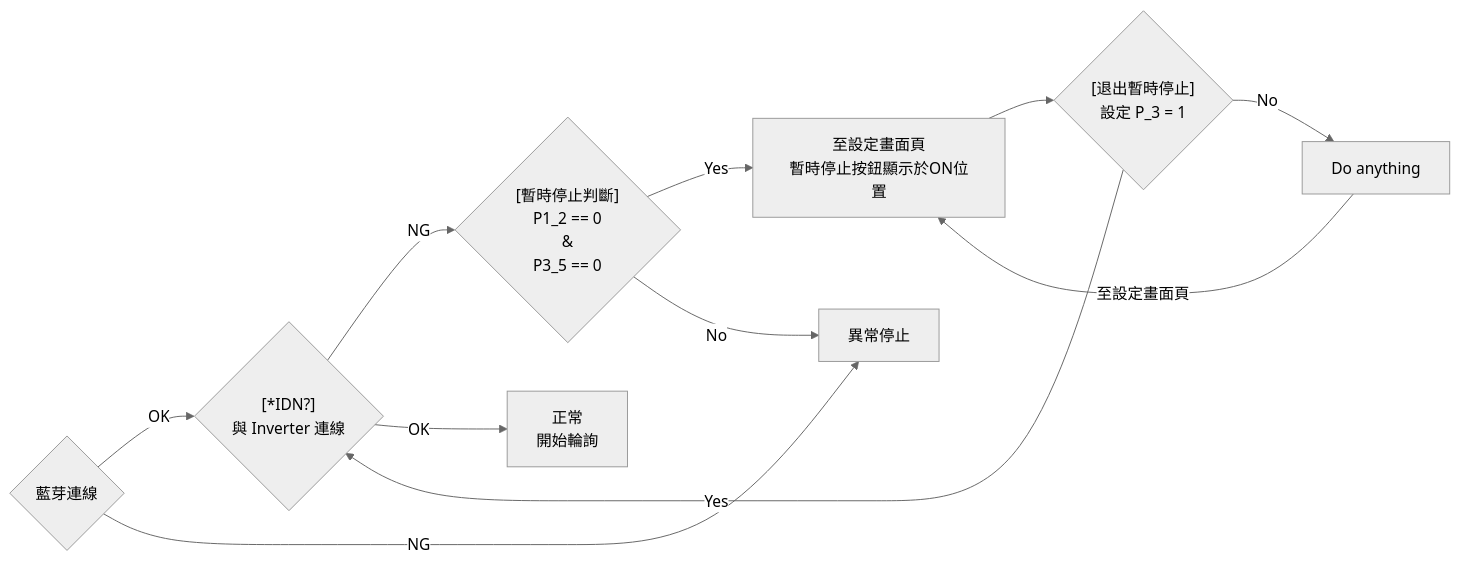
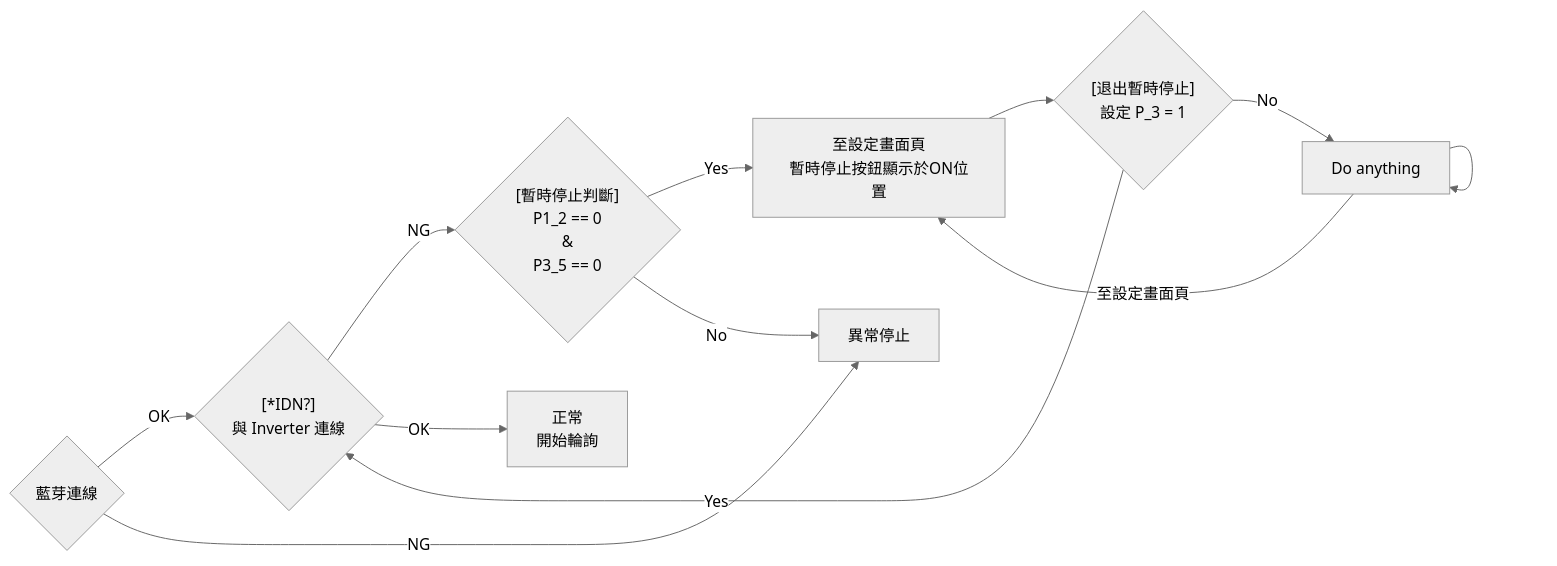
Diagram 15 of 15 in README.md (powtron-aapapp/powtron-aapapp.github.io), drawn with Mermaid (neutral theme) before and after one commit.

````diff
--- a/README.md
+++ b/README.md
@@ -317,32 +317,33 @@
 ```mermaid
 
 flowchart LR
 
 A{藍芽連線}
 B{#91;*IDN?#93;<br>與 Inverter 連線}
 C{#91;暫時停止判斷#93;<br>P1_2 == 0<br>&<br>P3_5 == 0}
 D[至設定畫面頁<br>暫時停止按鈕顯示於ON位置]
 E{#91;退出暫時停止#93;<br>設定 P_3 = 1}
 F[Do anything]
 G[異常停止]
 H[正常<br>開始輪詢]
 
 %%N[fa:fa-car Car]
 %%J(Go shopping)
 %% 使用圓角矩形
 %%P[inverter連線]
 %%H[Crash]
 %% style P fill:#f9c2ff,stroke:#333,stroke-width:2px;
 
 A --> |OK|B  
 A --> |NG|G   
 B --> |NG| C
 B --> |OK| H
 C --> |Yes|D
 C --> |No|G  
 D --> E
 E --> |Yes|B
 E --> |No|F
 F --> |至設定畫面頁|D
+F --> F
 
 ```
````
